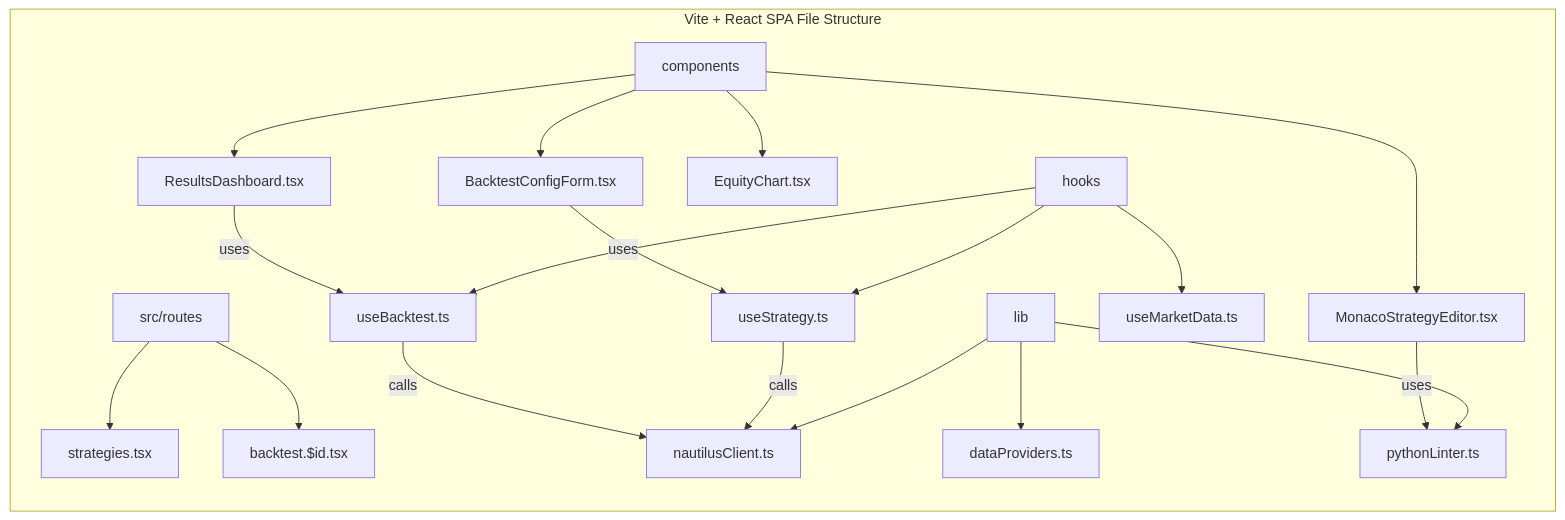
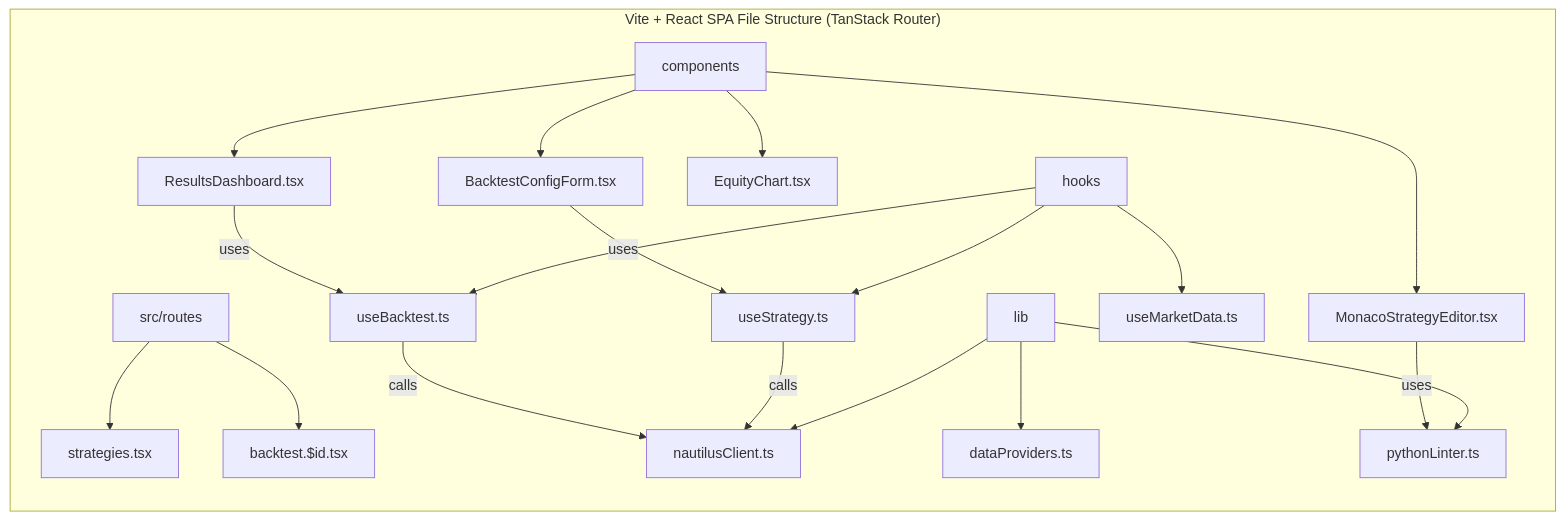
The second of 9 diagrams in system_design.md (huydhoang/quantlens-docs), drawn with Mermaid before and after one commit.

Commit message:
Clarify TanStack Router usage in system_design.md diagram title

````diff
--- a/system_design.md
+++ b/system_design.md
@@ -64,26 +64,26 @@
 ```mermaid
 graph LR
-    subgraph "Vite + React SPA File Structure"
+    subgraph "Vite + React SPA File Structure (TanStack Router)"
         A[src/routes] --> B[strategies.tsx]
         A --> C[backtest.$id.tsx]
         
         F[components] --> G[MonacoStrategyEditor.tsx]
         F --> H[BacktestConfigForm.tsx]
         F --> H1[ResultsDashboard.tsx]
         F --> H2[EquityChart.tsx]
         
         I[hooks] --> J[useStrategy.ts]
         I --> K[useBacktest.ts]
         I --> L[useMarketData.ts]
         
         M[lib] --> N[nautilusClient.ts]
         M --> O[dataProviders.ts]
         M --> P[pythonLinter.ts]
     end
     
     G -->|uses| P
     J -->|calls| N
     K -->|calls| N
     H -->|uses| J
     H1 -->|uses| K
 ```
````
